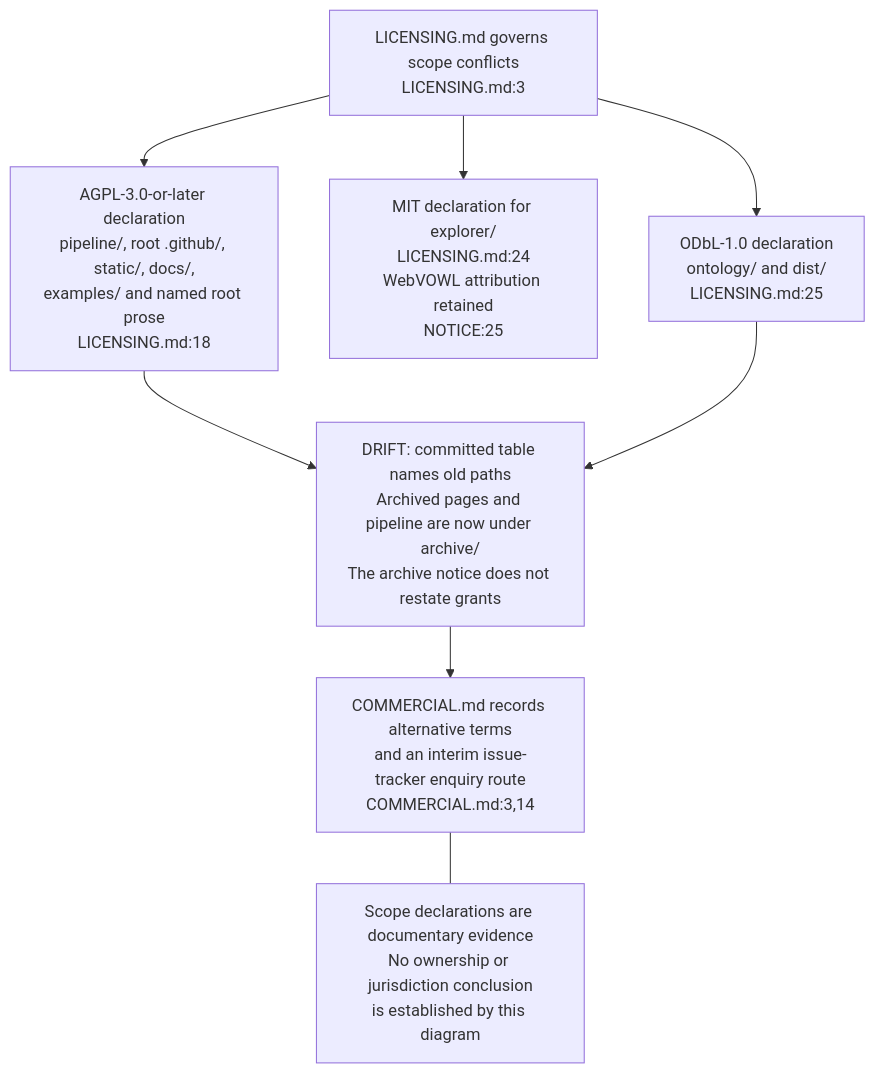
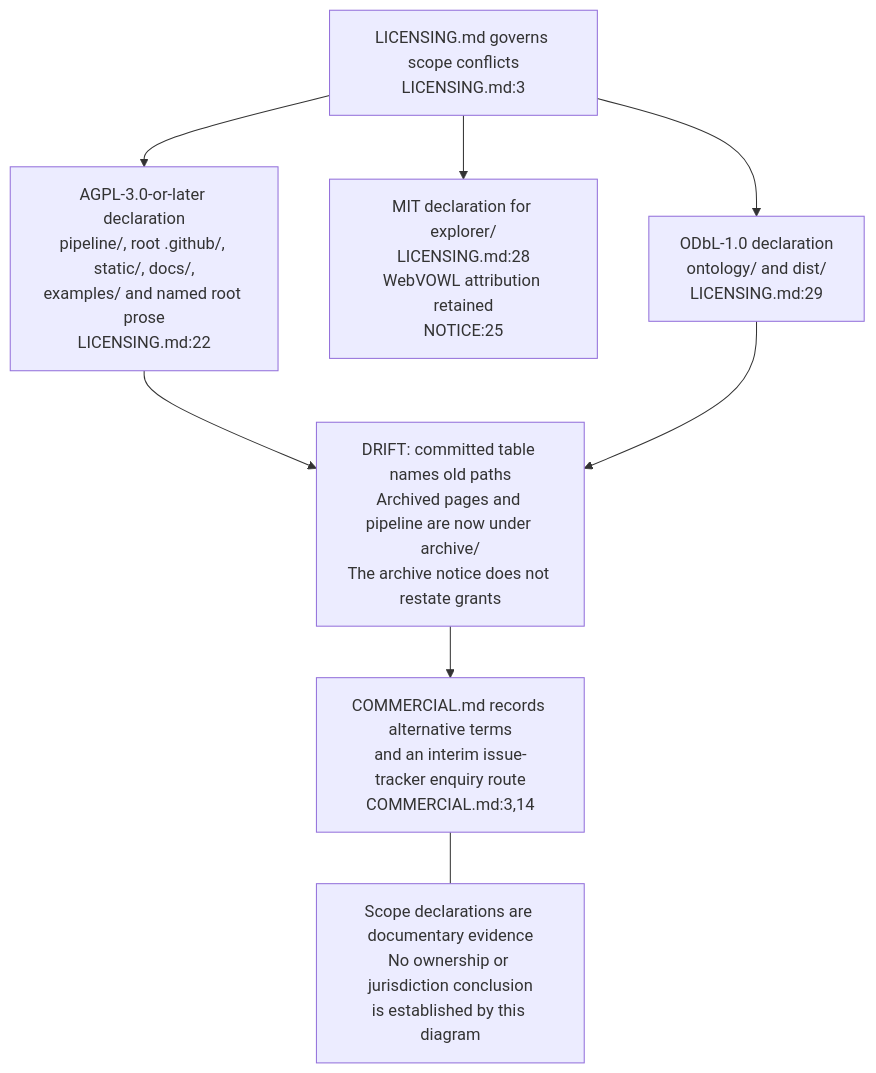
The second of 2 diagrams in docs/diagrams/knowledgegraph/01-repo-composition-and-licensing.md (DreamLab-AI/VisionFlow), drawn with Mermaid before and after one commit. The commit also changed other lines of this file and 154 other files, not shown here.

First line of the commit message:
docs(diagrams): re-stamp 154 topics whose every citation still reads the same text at the current heads

````diff
--- a/docs/diagrams/knowledgegraph/01-repo-composition-and-licensing.md
+++ b/docs/diagrams/knowledgegraph/01-repo-composition-and-licensing.md
@@ -54,18 +54,18 @@
 ```mermaid
 flowchart TB
     SCOPE["LICENSING.md governs scope conflicts<br/>LICENSING.md:3"]
-    AGPL["AGPL-3.0-or-later declaration<br/>pipeline/, root .github/, static/, docs/,<br/>examples/ and named root prose<br/>LICENSING.md:18"]
-    MIT["MIT declaration for explorer/<br/>LICENSING.md:24<br/>WebVOWL attribution retained<br/>NOTICE:25"]
-    DATA["ODbL-1.0 declaration<br/>ontology/ and dist/<br/>LICENSING.md:25"]
+    AGPL["AGPL-3.0-or-later declaration<br/>pipeline/, root .github/, static/, docs/,<br/>examples/ and named root prose<br/>LICENSING.md:22"]
+    MIT["MIT declaration for explorer/<br/>LICENSING.md:28<br/>WebVOWL attribution retained<br/>NOTICE:25"]
+    DATA["ODbL-1.0 declaration<br/>ontology/ and dist/<br/>LICENSING.md:29"]
     GAP["DRIFT: committed table names old paths<br/>Archived pages and pipeline are now under archive/<br/>The archive notice does not restate grants"]
     %% knowledgeGraph/archive/logseq-era-2026-09-22/README.md:1
     OFFER["COMMERCIAL.md records alternative terms<br/>and an interim issue-tracker enquiry route<br/>COMMERCIAL.md:3,14"]
     SCOPE --> AGPL
     SCOPE --> MIT
     SCOPE --> DATA
     AGPL --> GAP
     DATA --> GAP
     GAP --> OFFER
     LIMIT["Scope declarations are documentary evidence<br/>No ownership or jurisdiction conclusion<br/>is established by this diagram"]
     OFFER --- LIMIT
 ```
````
